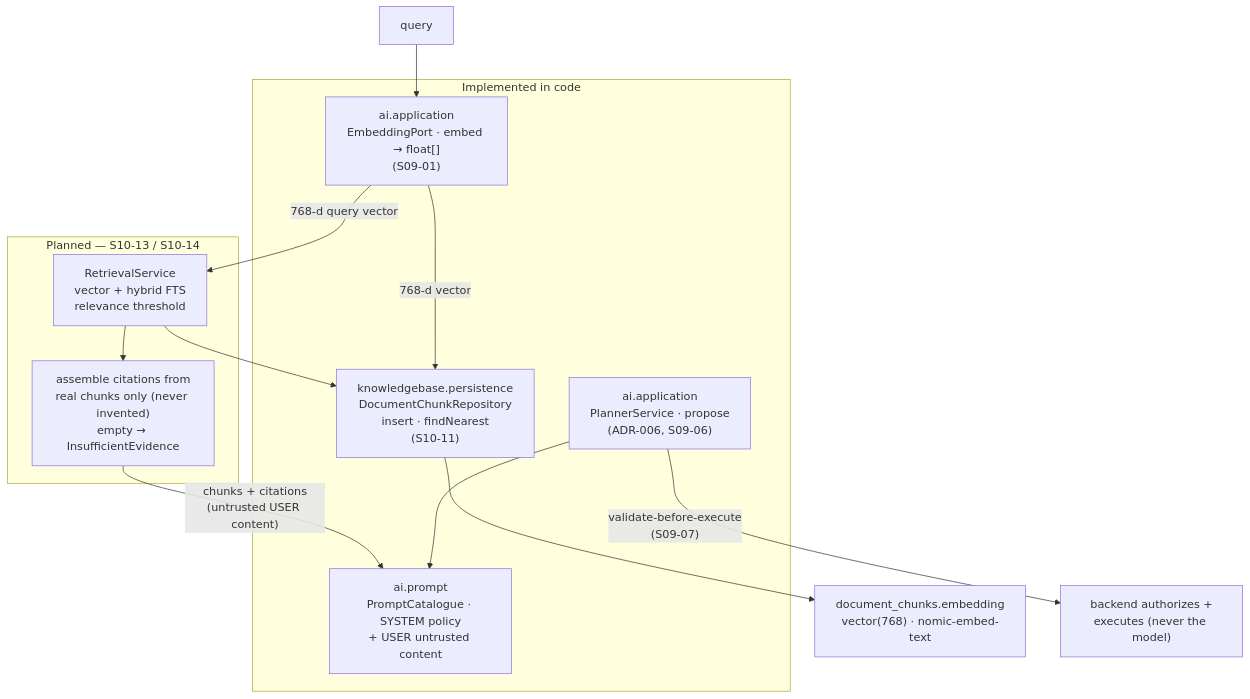
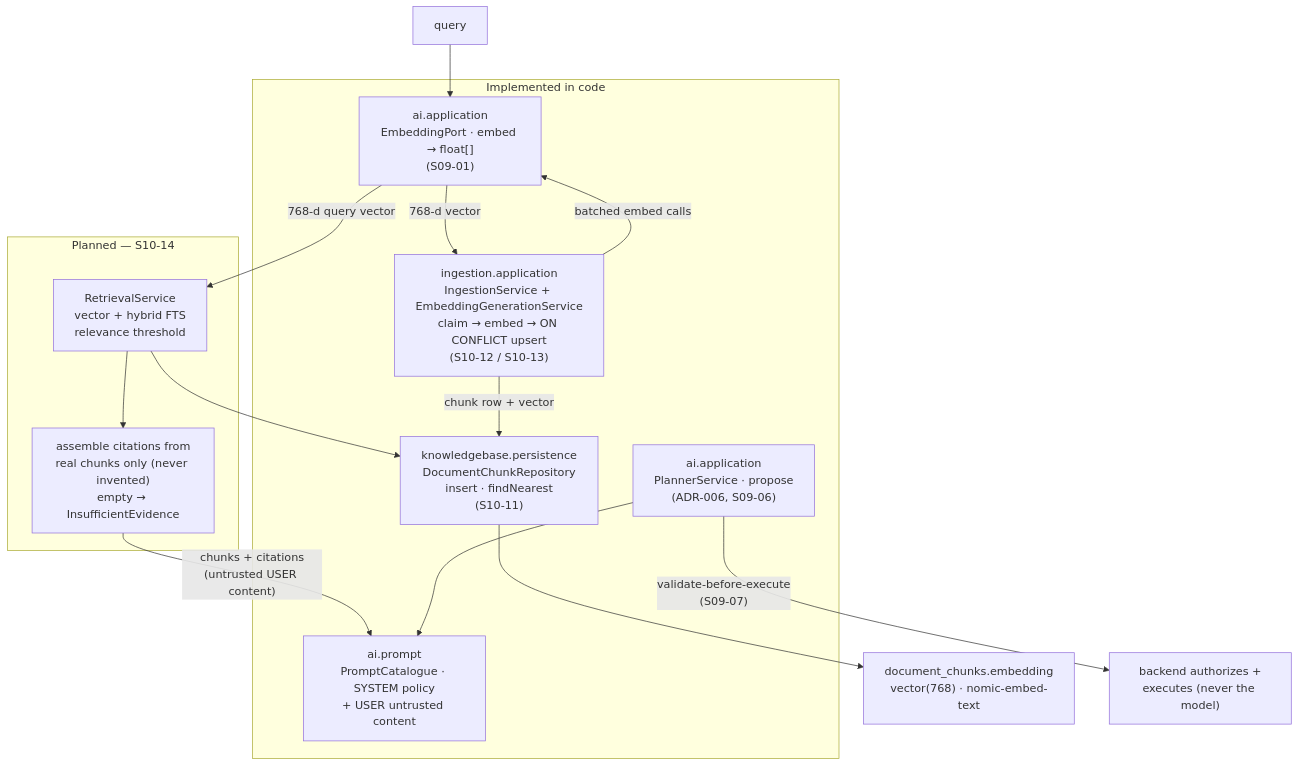
One commit to JavaCoDED78/agentflow changed the diagram in docs/rag/README.md. Above: the diagram before and after it, drawn with Mermaid. The commit also changed other lines of this file and 31 other files, not shown here.

First line of the commit message:
feat(ingestion): indexing worker and idempotent chunk indexing (S10-13)

````diff
--- a/docs/rag/README.md
+++ b/docs/rag/README.md
@@ -36,29 +36,32 @@
 ```mermaid
 flowchart TB
     subgraph Impl["Implemented in code"]
         Repo["knowledgebase.persistence<br/>DocumentChunkRepository<br/>insert · findNearest<br/>(S10-11)"]
         Embed["ai.application<br/>EmbeddingPort · embed → float[]<br/>(S09-01)"]
+        Ing["ingestion.application<br/>IngestionService + EmbeddingGenerationService<br/>claim → embed → ON CONFLICT upsert<br/>(S10-12 / S10-13)"]
         Planner["ai.application<br/>PlannerService · propose<br/>(ADR-006, S09-06)"]
         Catalogue["ai.prompt<br/>PromptCatalogue · SYSTEM policy<br/>+ USER untrusted content"]
     end
-    subgraph Planned["Planned — S10-13 / S10-14"]
+    subgraph Planned["Planned — S10-14"]
         Ret["RetrievalService<br/>vector + hybrid FTS<br/>relevance threshold"]
         Cit["assemble citations from<br/>real chunks only (never invented)<br/>empty → InsufficientEvidence"]
     end
     Doc["document_chunks.embedding<br/>vector(768) · nomic-embed-text"]
 
     %% Indexing path (writing vectors)
-    Embed -->|"768-d vector"| Repo
+    Ing -->|"batched embed calls"| Embed
+    Embed -->|"768-d vector"| Ing
+    Ing -->|"chunk row + vector"| Repo
     Repo --> Doc
 
     %% Retrieval path (reading vectors)
     Q["query"] --> Embed
     Embed -->|"768-d query vector"| Ret
     Ret --> Repo
 
     %% Grounding path (feeding the model)
     Ret --> Cit
     Cit -->|"chunks + citations<br/>(untrusted USER content)"| Catalogue
     Planner --> Catalogue
     Planner -->|"validate-before-execute<br/>(S09-07)"| Backend["backend authorizes +<br/>executes (never the model)"]
 ```
````
